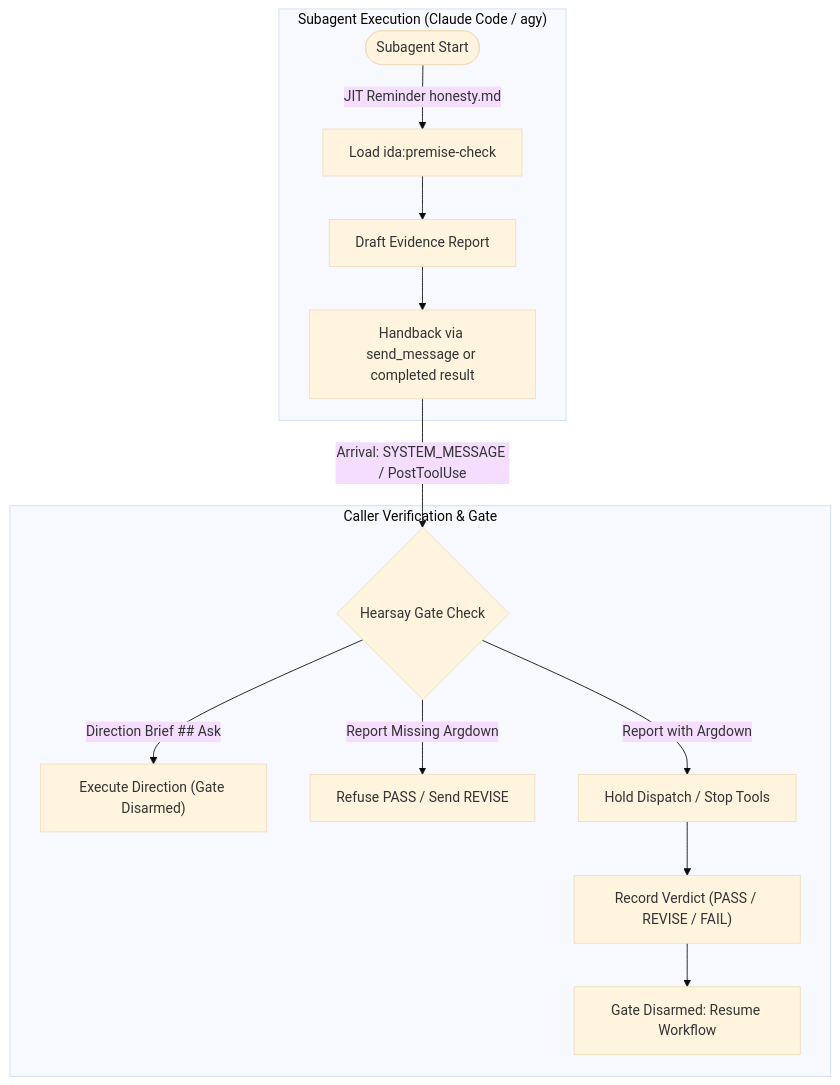
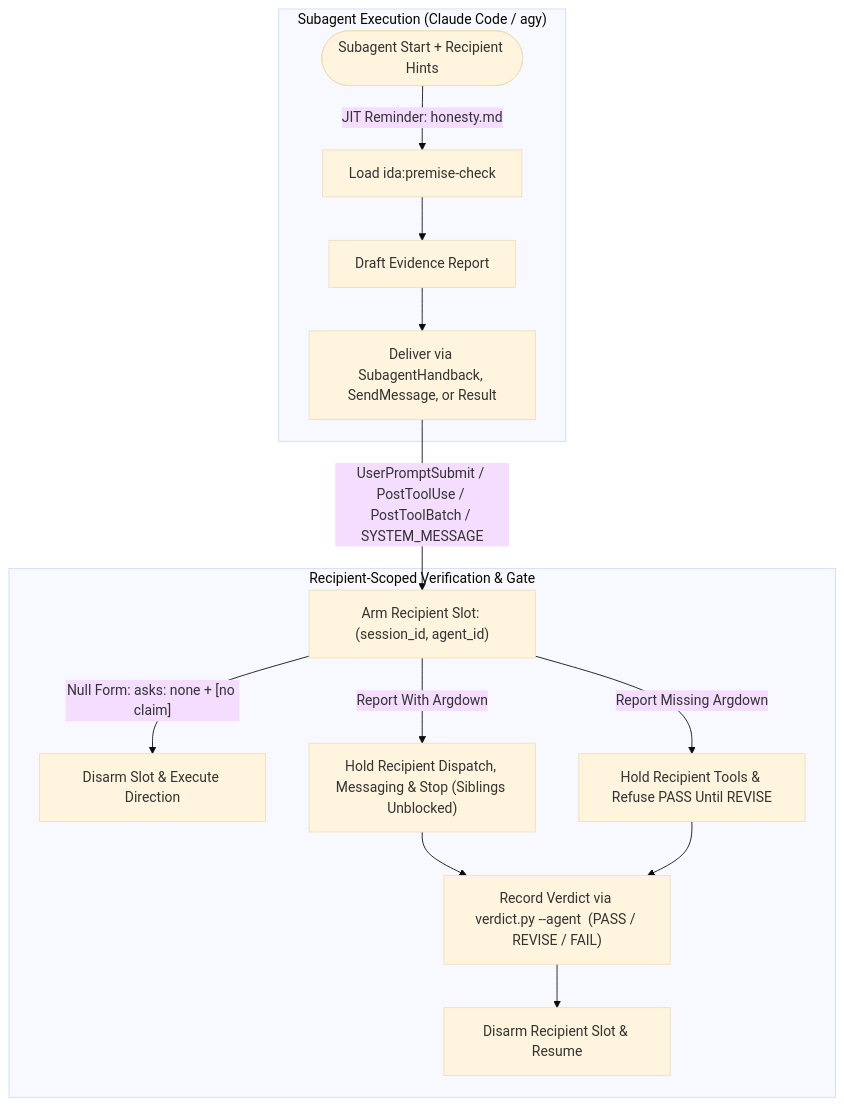
Before and after one commit to nicsuzor/academicOps: the diagram in specs/enforcement/evidence-contract-enforcement.md, drawn with Mermaid (base theme). The commit also changed other lines of this file and 3 other files, not shown here.

Commit message:
polish(specs,hooks): tighten enforcement contracts, diagram, and block wording

````diff
--- a/specs/enforcement/evidence-contract-enforcement.md
+++ b/specs/enforcement/evidence-contract-enforcement.md
@@ -15,16 +15,17 @@
 ```mermaid
 flowchart TD
     subgraph SubagentExecution ["Subagent Execution (Claude Code / agy)"]
-        Start(["Subagent Start"]) -->|JIT Reminder honesty.md| Prompt["Load ida:premise-check"]
+        Start(["Subagent Start + Recipient Hints"]) -->|"JIT Reminder: honesty.md"| Prompt["Load ida:premise-check"]
         Prompt --> Draft["Draft Evidence Report"]
-        Draft --> Handback["Handback via send_message or completed result"]
+        Draft --> Handback["Deliver via SubagentHandback, SendMessage, or Result"]
     end
-    subgraph CallerVerification ["Caller Verification & Gate"]
-        Handback -->|Arrival: SYSTEM_MESSAGE / PostToolUse| GateCheck{"Hearsay Gate Check"}
-        GateCheck -->|Direction Brief ## Ask| NoBlock["Execute Direction (Gate Disarmed)"]
-        GateCheck -->|Report Missing Argdown| ReviseReq["Refuse PASS / Send REVISE"]
-        GateCheck -->|Report with Argdown| BlockTool["Hold Dispatch / Stop Tools"]
-        BlockTool --> RecordVerdict["Record Verdict (PASS / REVISE / FAIL)"]
-        RecordVerdict --> Disarm["Gate Disarmed: Resume Workflow"]
+    subgraph CallerVerification ["Recipient-Scoped Verification & Gate"]
+        Handback -->|"UserPromptSubmit / PostToolUse / PostToolBatch / SYSTEM_MESSAGE"| SlotArm["Arm Recipient Slot: (session_id, agent_id)"]
+        SlotArm -->|"Null Form: asks: none + [no claim]"| DisarmNull["Disarm Slot & Execute Direction"]
+        SlotArm -->|"Report With Argdown"| HoldSlot["Hold Recipient Dispatch, Messaging & Stop (Siblings Unblocked)"]
+        SlotArm -->|"Report Missing Argdown"| HoldMissing["Hold Recipient Tools & Refuse PASS Until REVISE"]
+        HoldSlot --> Verdict["Record Verdict via verdict.py --agent <id> (PASS / REVISE / FAIL)"]
+        HoldMissing --> Verdict
+        Verdict --> Disarm["Disarm Recipient Slot & Resume"]
     end
 ```
````
